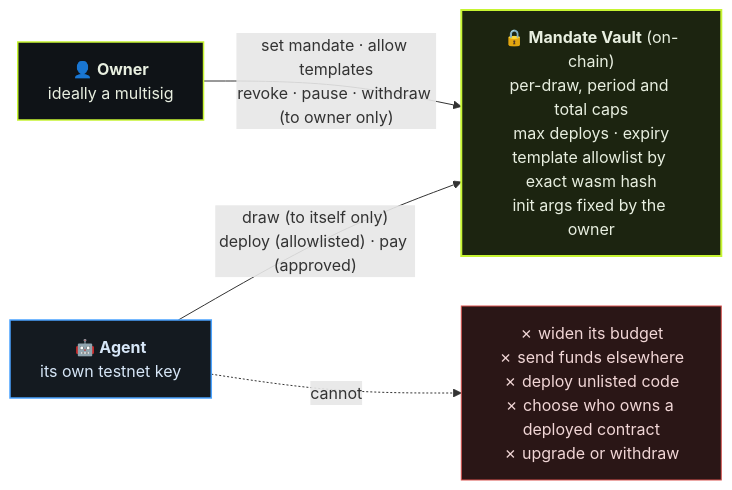
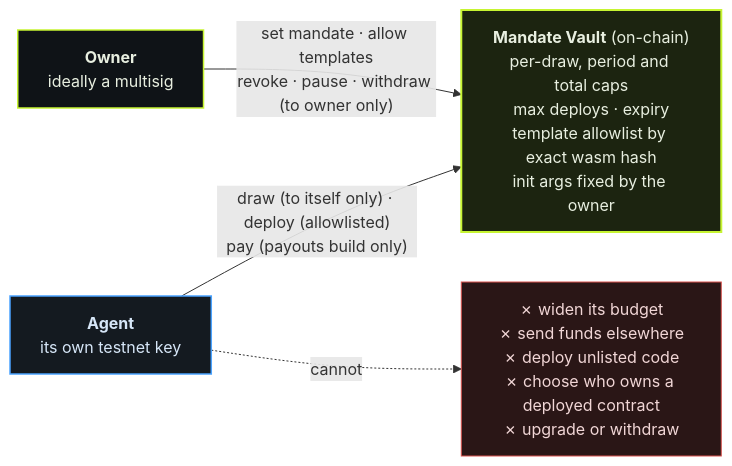
Before and after one commit to johnnyduo/autonear: the second of 3 diagrams in README.md, drawn with Mermaid. The commit also changed other lines of this file and 29 other files, not shown here.

````diff
--- a/README.md
+++ b/README.md
@@ -108,16 +131,16 @@
 ```mermaid
 flowchart LR
     classDef own fill:#0f1317,stroke:#c6f432,color:#e8efe0,stroke-width:1.5px
     classDef ag fill:#141a20,stroke:#4aa3ff,color:#d6e6f7,stroke-width:1.5px
     classDef no fill:#2a1616,stroke:#d9534f,color:#f1d6d6
     classDef vault fill:#1c2410,stroke:#c6f432,color:#e8efe0,stroke-width:2px
 
-    OWNER["👤 <b>Owner</b><br/>ideally a multisig"]:::own
-    AGENT["🤖 <b>Agent</b><br/>its own testnet key"]:::ag
-    VAULT["🔒 <b>Mandate Vault</b> (on-chain)<br/>per-draw, period and total caps<br/>max deploys · expiry<br/>template allowlist by exact wasm hash<br/>init args fixed by the owner"]:::vault
+    OWNER["<b>Owner</b><br/>ideally a multisig"]:::own
+    AGENT["<b>Agent</b><br/>its own testnet key"]:::ag
+    VAULT["<b>Mandate Vault</b> (on-chain)<br/>per-draw, period and total caps<br/>max deploys · expiry<br/>template allowlist by exact wasm hash<br/>init args fixed by the owner"]:::vault
     NO["✗ widen its budget<br/>✗ send funds elsewhere<br/>✗ deploy unlisted code<br/>✗ choose who owns a deployed contract<br/>✗ upgrade or withdraw"]:::no
 
     OWNER -->|"set mandate · allow templates<br/>revoke · pause · withdraw (to owner only)"| VAULT
-    AGENT -->|"draw (to itself only)<br/>deploy (allowlisted) · pay (approved)"| VAULT
+    AGENT -->|"draw (to itself only) · deploy (allowlisted)<br/>pay (payouts build only)"| VAULT
     AGENT -.->|cannot| NO
 ```
````
